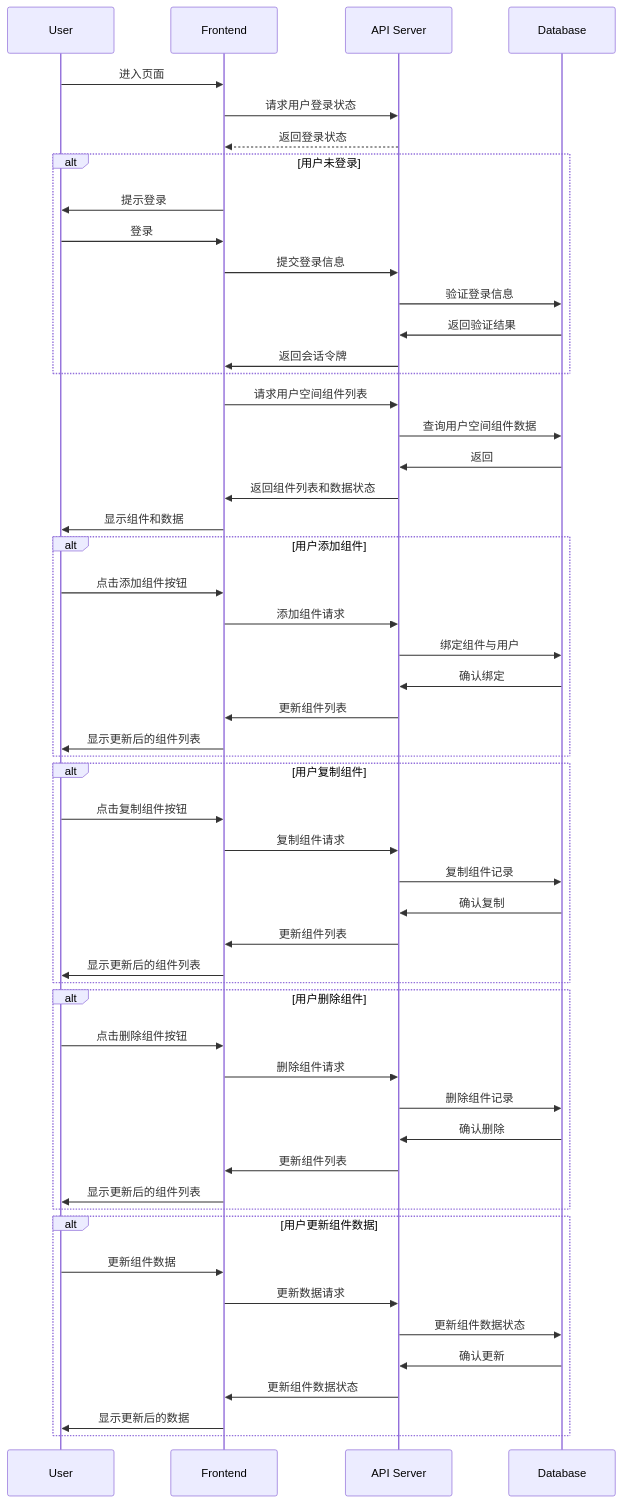
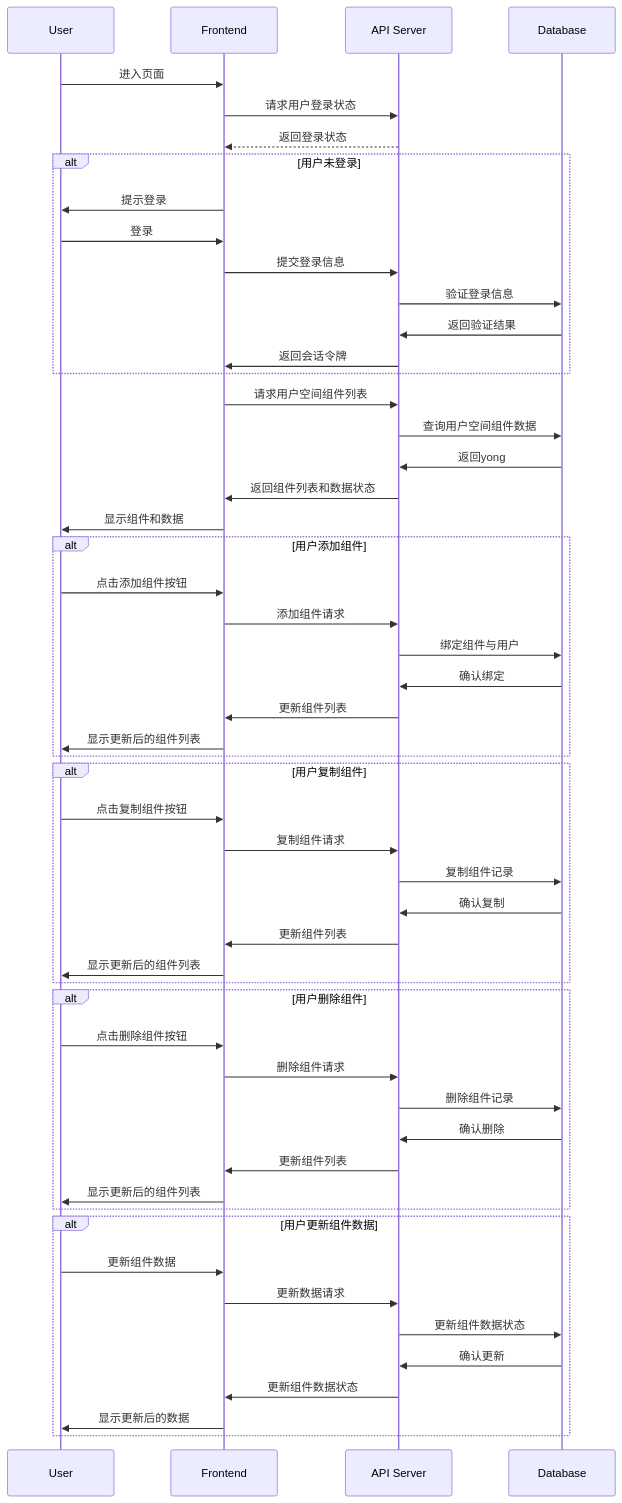
The diagram in all/未命名-7.md (yingjianzh/iodraw-files), drawn with Mermaid before and after one commit.

Commit message:
2024-10-09 10:19:50 update

````diff
--- a/all/未命名-7.md
+++ b/all/未命名-7.md
@@ -1,62 +1,62 @@
 ```mermaid
 sequenceDiagram
     participant User
     participant Frontend
     participant API Server
     participant Database
 
     User->>Frontend: 进入页面
     Frontend->>API Server: 请求用户登录状态
     API Server-->>Frontend: 返回登录状态
     alt 用户未登录
         Frontend->>User: 提示登录
         User->>Frontend: 登录
         Frontend->>API Server: 提交登录信息
         API Server->>Database: 验证登录信息
         Database->>API Server: 返回验证结果
         API Server->>Frontend: 返回会话令牌
     end
 
     Frontend->>API Server: 请求用户空间组件列表
     API Server->>Database: 查询用户空间组件数据
-    Database->>API Server: 返回
+    Database->>API Server: 返回yong
     API Server->>Frontend: 返回组件列表和数据状态
     Frontend->>User: 显示组件和数据
 
     alt 用户添加组件
         User->>Frontend: 点击添加组件按钮
         Frontend->>API Server: 添加组件请求
         API Server->>Database: 绑定组件与用户
         Database->>API Server: 确认绑定
         API Server->>Frontend: 更新组件列表
         Frontend->>User: 显示更新后的组件列表
     end
 
     alt 用户复制组件
         User->>Frontend: 点击复制组件按钮
         Frontend->>API Server: 复制组件请求
         API Server->>Database: 复制组件记录
         Database->>API Server: 确认复制
         API Server->>Frontend: 更新组件列表
         Frontend->>User: 显示更新后的组件列表
     end
 
     alt 用户删除组件
         User->>Frontend: 点击删除组件按钮
         Frontend->>API Server: 删除组件请求
         API Server->>Database: 删除组件记录
         Database->>API Server: 确认删除
         API Server->>Frontend: 更新组件列表
         Frontend->>User: 显示更新后的组件列表
     end
 
     alt 用户更新组件数据
         User->>Frontend: 更新组件数据
         Frontend->>API Server: 更新数据请求
         API Server->>Database: 更新组件数据状态
         Database->>API Server: 确认更新
         API Server->>Frontend: 更新组件数据状态
         Frontend->>User: 显示更新后的数据
     end
 
 ```
````
